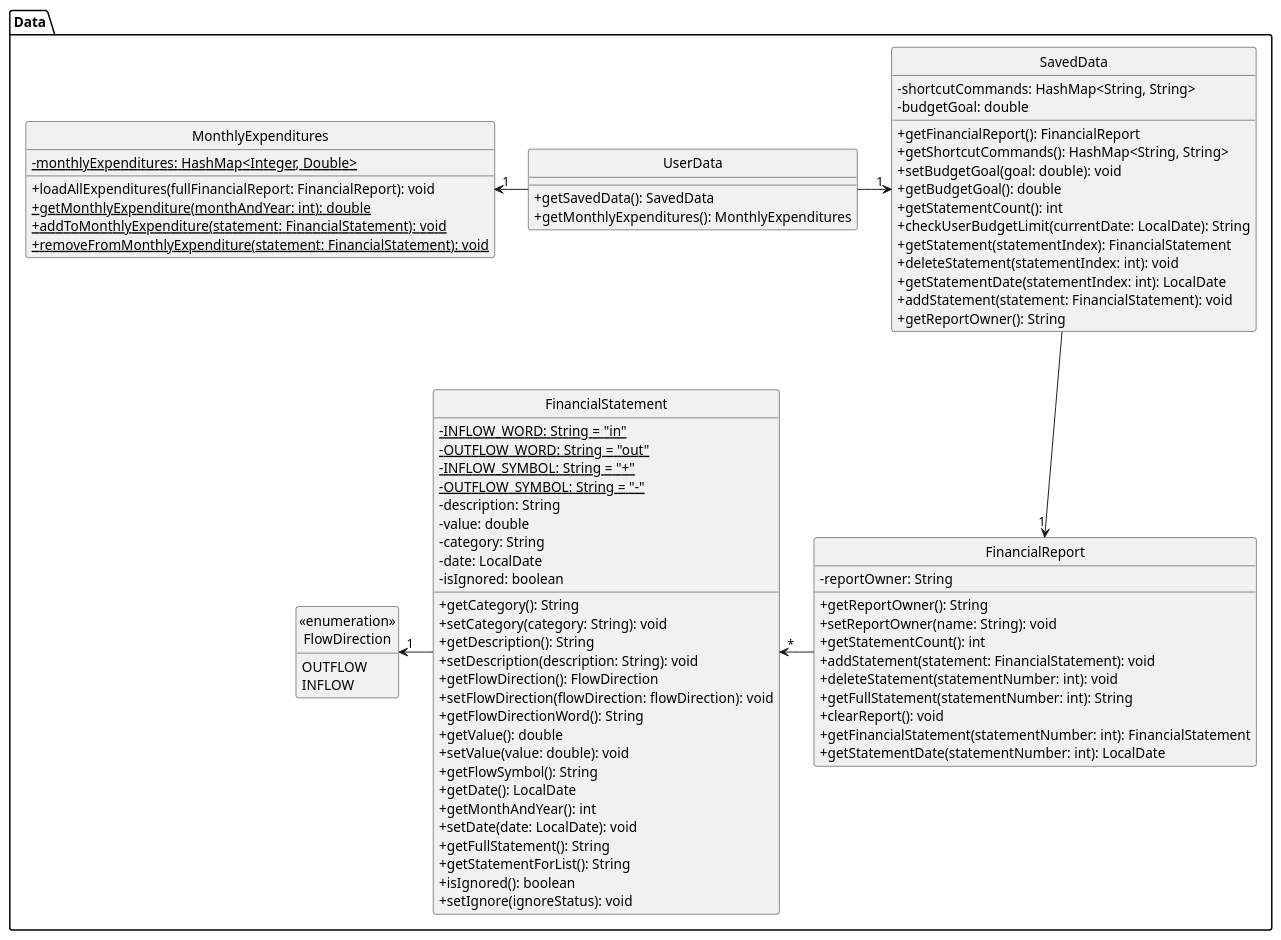
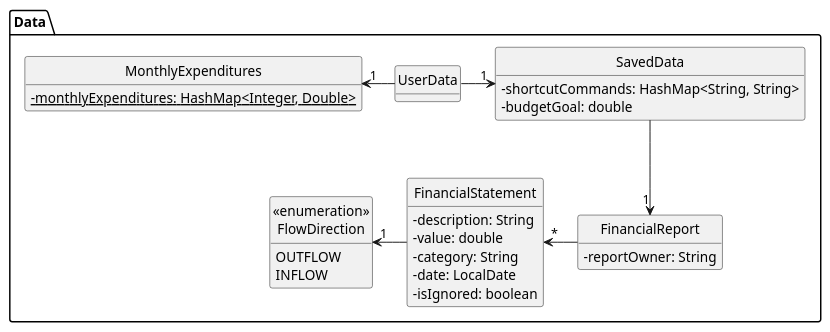
One commit to nus-cs2113-AY2223S2/tp changed the diagram in docs/diagrams/DataClassDiagram.puml. Above: the diagram before and after it, drawn with PlantUML.

Commit message:
remove excessive information in data class diagram

```diff
--- a/docs/diagrams/DataClassDiagram.puml
+++ b/docs/diagrams/DataClassDiagram.puml
@@ -1,95 +1,48 @@
 @startuml
 skinparam classAttributeIconSize 0
 skinparam groupInheritance 2
 hide circle
 hide empty methods
 
 package Data {
 
 class "<<enumeration>>\nFlowDirection" as FlowDirection
 
 Class UserData {
-+getSavedData(): SavedData
-+getMonthlyExpenditures(): MonthlyExpenditures
 }
 
 Class SavedData {
 -shortcutCommands: HashMap<String, String>
 -budgetGoal: double
-+getFinancialReport(): FinancialReport
-+getShortcutCommands(): HashMap<String, String>
-+setBudgetGoal(goal: double): void
-+getBudgetGoal(): double
-+getStatementCount(): int
-+checkUserBudgetLimit(currentDate: LocalDate): String
-+getStatement(statementIndex): FinancialStatement
-+deleteStatement(statementIndex: int): void
-+getStatementDate(statementIndex: int): LocalDate
-+addStatement(statement: FinancialStatement): void
-+getReportOwner(): String
 }
 
 Class MonthlyExpenditures {
 -{static}monthlyExpenditures: HashMap<Integer, Double>
-+loadAllExpenditures(fullFinancialReport: FinancialReport): void
-+{static}getMonthlyExpenditure(monthAndYear: int): double
-+{static}addToMonthlyExpenditure(statement: FinancialStatement): void
-+{static}removeFromMonthlyExpenditure(statement: FinancialStatement): void
 }
 
 Class FinancialReport {
 -reportOwner: String
-+getReportOwner(): String
-+setReportOwner(name: String): void
-+getStatementCount(): int
-+addStatement(statement: FinancialStatement): void
-+deleteStatement(statementNumber: int): void
-+getFullStatement(statementNumber: int): String
-+clearReport(): void
-+getFinancialStatement(statementNumber: int): FinancialStatement
-+getStatementDate(statementNumber: int): LocalDate
 }
 
 Class FinancialStatement {
--{static}INFLOW_WORD: String = "in"
--{static}OUTFLOW_WORD: String = "out"
--{static}INFLOW_SYMBOL: String = "+"
--{static}OUTFLOW_SYMBOL: String = "-"
 -description: String
 -value: double
 -category: String
 -date: LocalDate
 -isIgnored: boolean
-+getCategory(): String
-+setCategory(category: String): void
-+getDescription(): String
-+setDescription(description: String): void
-+getFlowDirection(): FlowDirection
-+setFlowDirection(flowDirection: flowDirection): void
-+getFlowDirectionWord(): String
-+getValue(): double
-+setValue(value: double): void
-+getFlowSymbol(): String
-+getDate(): LocalDate
-+getMonthAndYear(): int
-+setDate(date: LocalDate): void
-+getFullStatement(): String
-+getStatementForList(): String
-+isIgnored(): boolean
-+setIgnore(ignoreStatus): void
 }
 
 Class FlowDirection {
 OUTFLOW
 INFLOW
 }
 
 UserData -> "1"SavedData
 UserData -left-> "1"MonthlyExpenditures
 
 SavedData -down-> "1"FinancialReport
 
 FinancialReport -left-> "*"FinancialStatement
 
 FinancialStatement -left-> "1"FlowDirection
 @enduml
```
